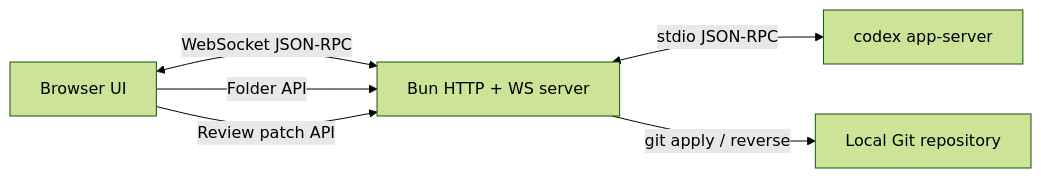
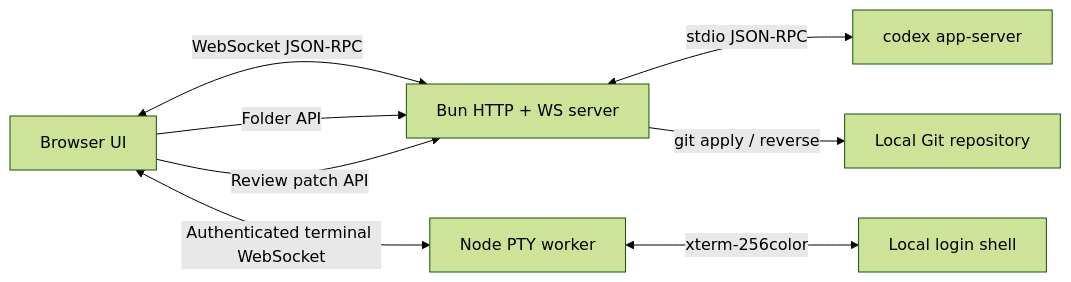
The diagram in README.md (lezi-fun/codex-webui), drawn with Mermaid (forest theme) before and after one commit. The commit also changed other lines of this file and 15 other files, not shown here.

````diff
--- a/README.md
+++ b/README.md
@@ -140,8 +142,10 @@
 ```mermaid
 flowchart LR
     Browser[Browser UI] <-->|WebSocket JSON-RPC| Server[Bun HTTP + WS server]
     Server <-->|stdio JSON-RPC| Codex[codex app-server]
+    Browser <-->|Authenticated terminal WebSocket| PTY[Node PTY worker]
+    PTY <-->|xterm-256color| Shell[Local login shell]
     Browser -->|Folder API| Server
     Browser -->|Review patch API| Server
     Server -->|git apply / reverse| Repo[Local Git repository]
 ```
````
